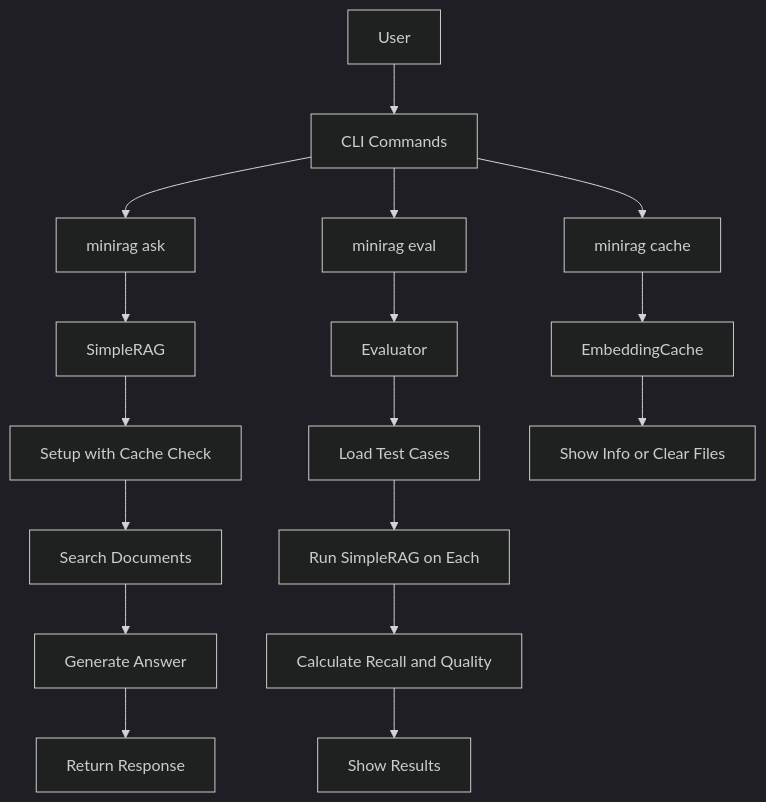
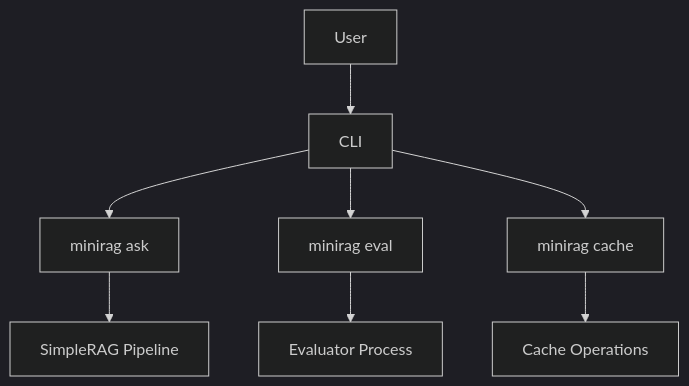
Before and after one commit to letanure/haystack-mini-rag: the first of 2 diagrams in README.md, drawn with Mermaid (dark theme).

Commit message:
Simplify architecture to show clear User -> CLI -> 3 flows
- User -> CLI -> 3 commands (ask, eval, cache)
- Each command maps to its core process
- Clean and minimal diagram structure

````diff
--- a/README.md
+++ b/README.md
@@ -7,23 +7,12 @@
 ```mermaid
 flowchart TD
-    A[User] --> B[CLI Commands]
+    A[User] --> B[CLI]
     
     B --> C[minirag ask]
     B --> D[minirag eval]
     B --> E[minirag cache]
     
-    C --> F[SimpleRAG]
-    F --> G[Setup with Cache Check]
-    G --> H[Search Documents]
-    H --> I[Generate Answer]
-    I --> J[Return Response]
-    
-    D --> K[Evaluator]
-    K --> L[Load Test Cases]
-    L --> M[Run SimpleRAG on Each]
-    M --> N[Calculate Recall and Quality]
-    N --> O[Show Results]
-    
-    E --> P[EmbeddingCache]
-    P --> Q[Show Info or Clear Files]
+    C --> F[SimpleRAG Pipeline]
+    D --> G[Evaluator Process]
+    E --> H[Cache Operations]
 ```
````
